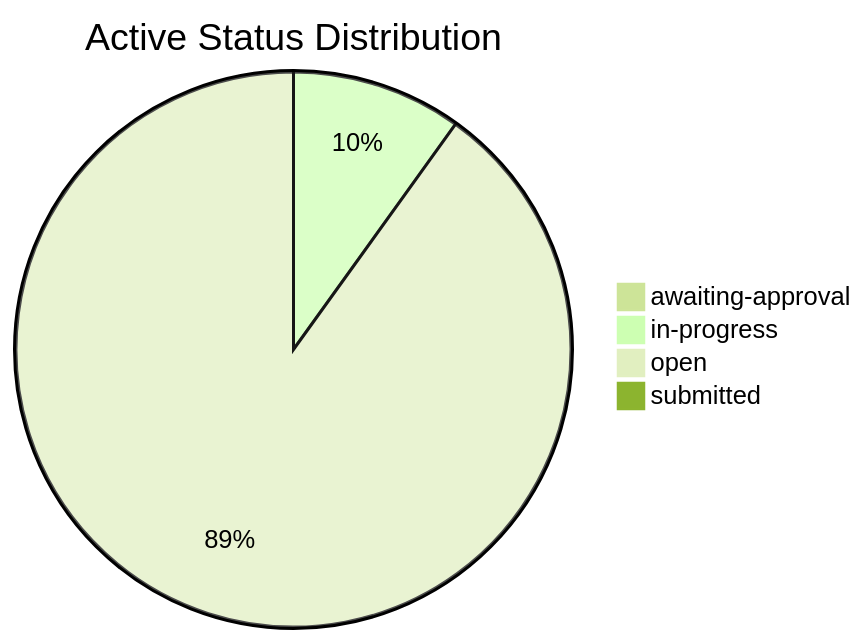
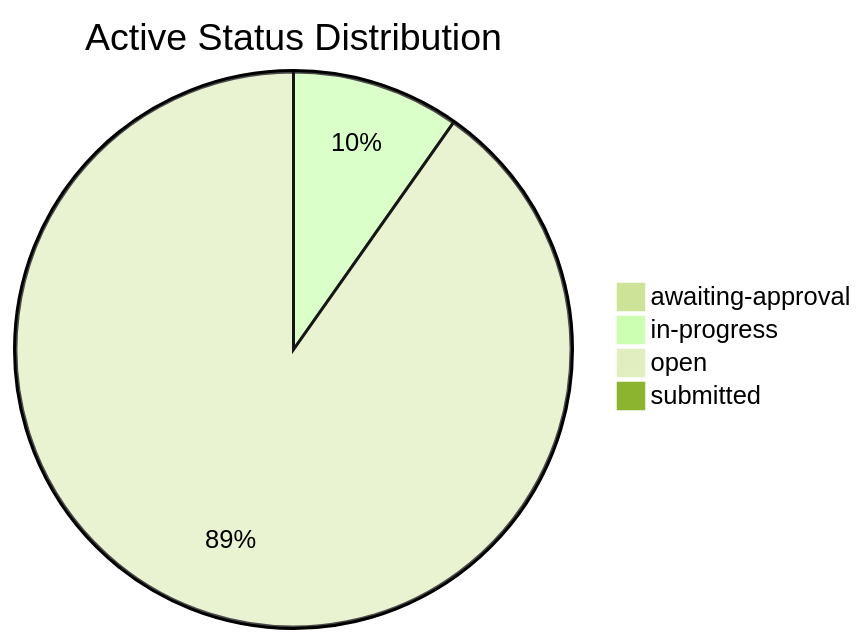
One commit to mgosal/5et.uk changed the second of 3 diagrams in dashboard.md. Above: the diagram before and after it, drawn with Mermaid (forest theme). The commit also changed other lines of this file and 6 other files, not shown here.

````diff
--- a/dashboard.md
+++ b/dashboard.md
@@ -141,7 +287,7 @@
 ```mermaid
 pie title Active Status Distribution
     "awaiting-approval" : 1
     "in-progress" : 13
-    "open" : 118
+    "open" : 120
     "submitted" : 1
 ```
````
